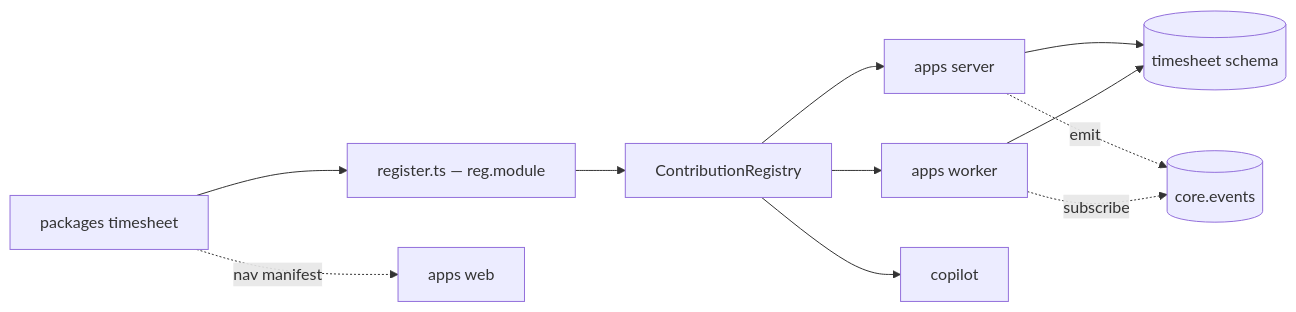
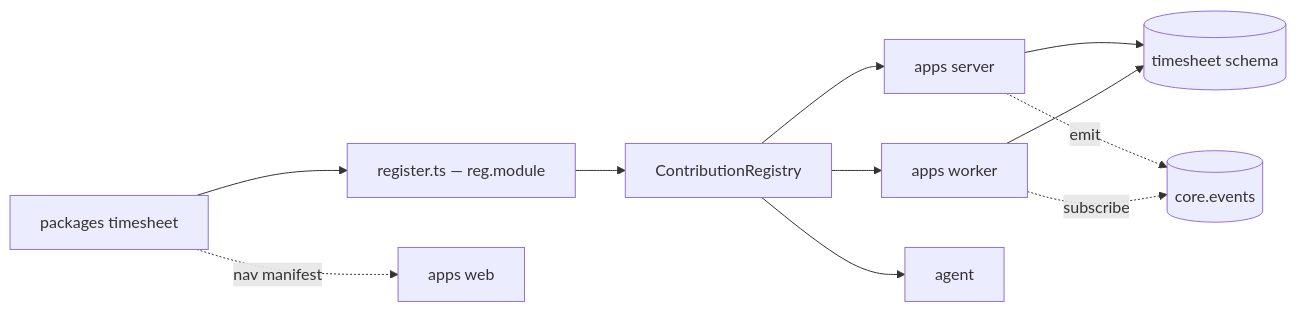
Before and after one commit to Seta-International/agent-platform: the first of 2 diagrams in docs/creating-modules.md, drawn with Mermaid. The commit also changed other lines of this file and 9 other files, not shown here.

Commit message:
docs: rename copilot → agent across architecture, hosting, and project docs

````diff
--- a/docs/creating-modules.md
+++ b/docs/creating-modules.md
@@ -23,23 +23,23 @@
 ```mermaid
 flowchart LR
     Pkg[packages timesheet]
     Reg[register.ts — reg.module]
     CR[ContributionRegistry]
     Srv[apps server]
     Wrk[apps worker]
     Web[apps web]
-    Cop[copilot]
+    Cop[agent]
     PG[(timesheet schema)]
     Bus[(core.events)]
 
     Pkg --> Reg
     Reg --> CR
     CR --> Srv
     CR --> Wrk
     CR --> Cop
     Pkg -. nav manifest .-> Web
     Srv --> PG
     Wrk --> PG
     Srv -. emit .-> Bus
     Wrk -. subscribe .-> Bus
 ```
````
